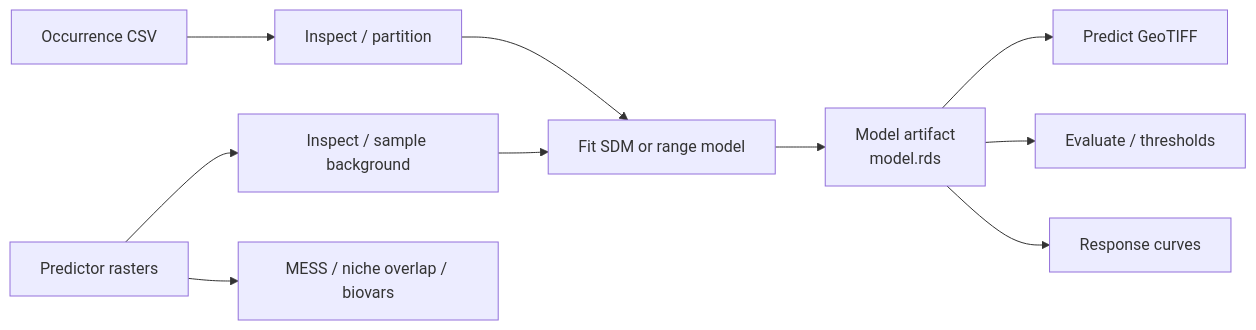
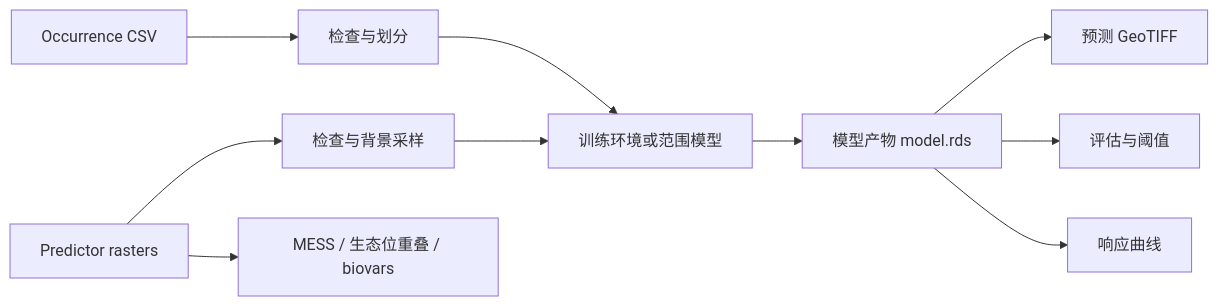
Before and after one commit to foundanotusedname/dismo-mcp: the diagram in README.md, drawn with Mermaid. The commit also changed other lines of this file and 1 other file, not shown here.

````diff
--- a/README.md
+++ b/README.md
@@ -61,12 +44,12 @@
 ```mermaid
 flowchart LR
-  O[Occurrence CSV] --> Q[Inspect / partition]
-  P[Predictor rasters] --> I[Inspect / sample background]
-  Q --> T[Fit SDM or range model]
+  O[Occurrence CSV] --> Q[检查与划分]
+  P[Predictor rasters] --> I[检查与背景采样]
+  Q --> T[训练环境或范围模型]
   I --> T
-  T --> M[Model artifact\nmodel.rds]
-  M --> Y[Predict GeoTIFF]
-  M --> E[Evaluate / thresholds]
-  M --> R[Response curves]
-  P --> X[MESS / niche overlap / biovars]
+  T --> M[模型产物 model.rds]
+  M --> Y[预测 GeoTIFF]
+  M --> E[评估与阈值]
+  M --> R[响应曲线]
+  P --> X[MESS / 生态位重叠 / biovars]
 ```
````
